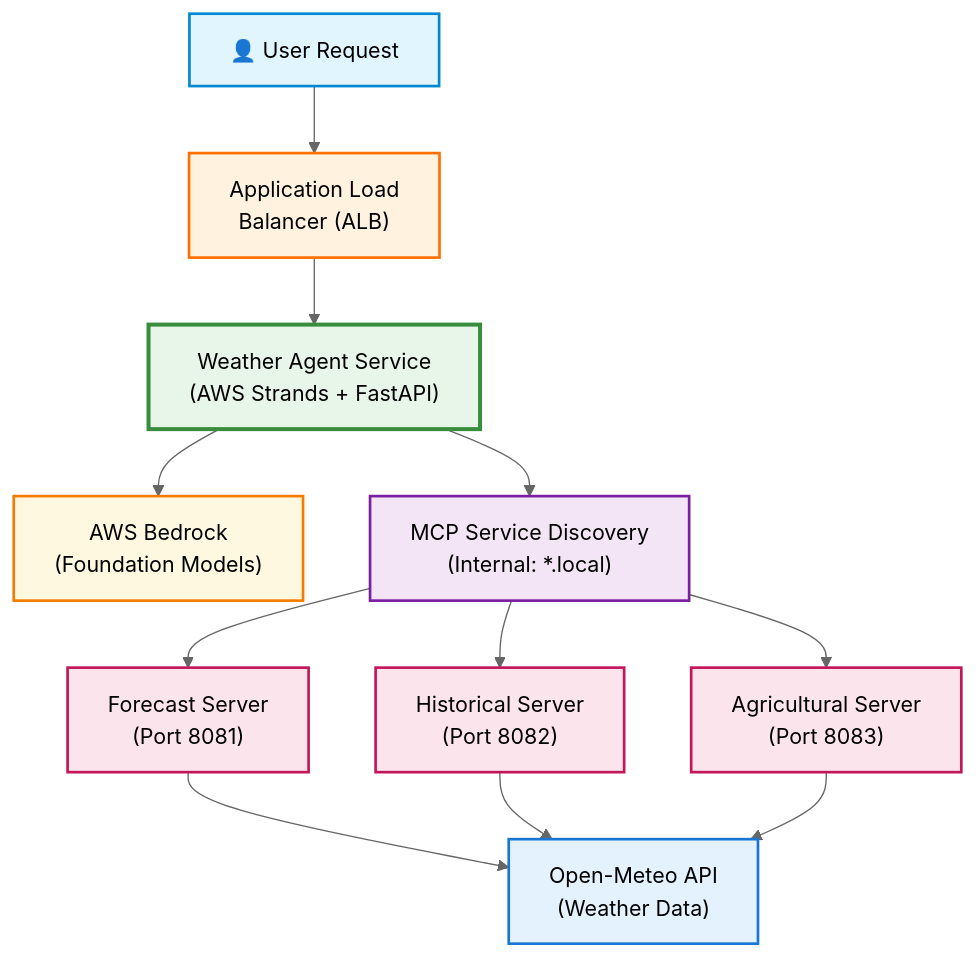
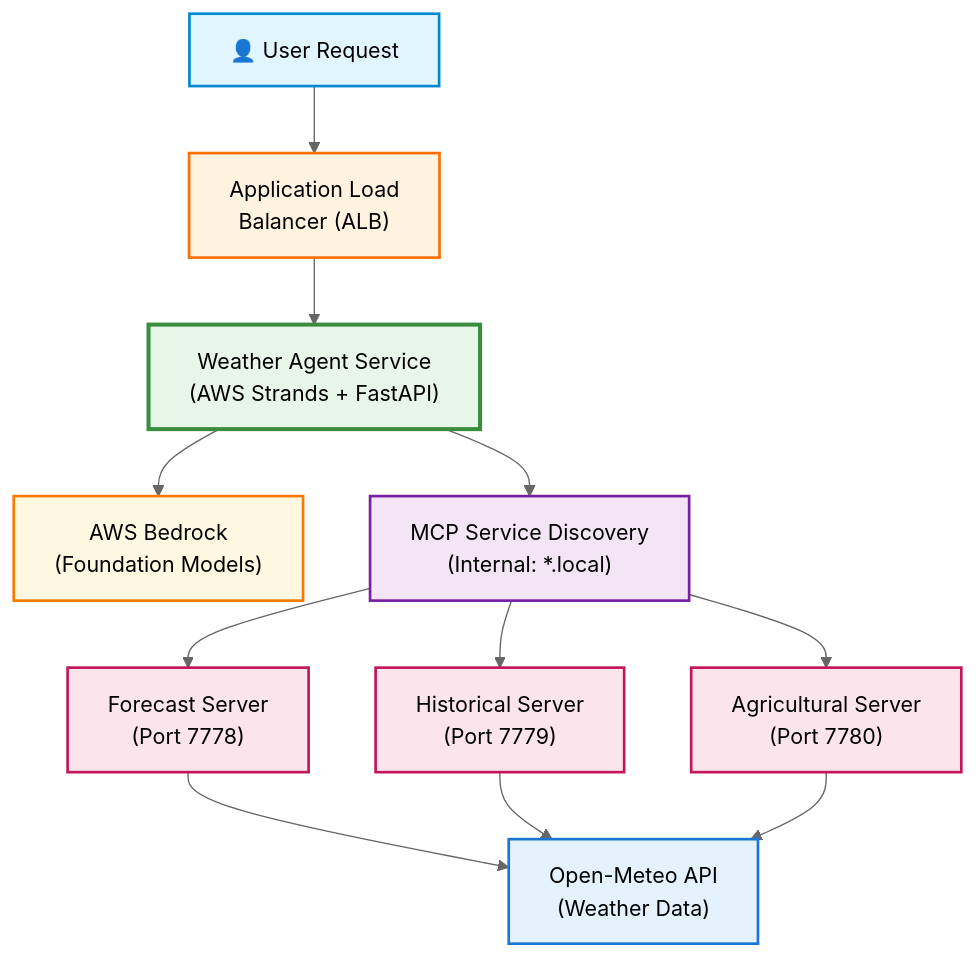
Before and after one commit to retroryan/aws-ai-ecs: the diagram in strands-weather-agent/README.md, drawn with Mermaid (neutral theme). The commit also changed other lines of this file and 30 other files, not shown here.

````diff
--- a/strands-weather-agent/README.md
+++ b/strands-weather-agent/README.md
@@ -200,27 +200,27 @@
 ```mermaid
 graph TB
     User["👤 User Request"] --> ALB["Application Load<br/>Balancer (ALB)"]
     
     ALB --> WA["Weather Agent Service<br/>(AWS Strands + FastAPI)"]
     
     WA --> Bedrock["AWS Bedrock<br/>(Foundation Models)"]
     WA --> SD["MCP Service Discovery<br/>(Internal: *.local)"]
     
-    SD --> FS["Forecast Server<br/>(Port 8081)"]
-    SD --> HS["Historical Server<br/>(Port 8082)"]
-    SD --> AS["Agricultural Server<br/>(Port 8083)"]
+    SD --> FS["Forecast Server<br/>(Port 7778)"]
+    SD --> HS["Historical Server<br/>(Port 7779)"]
+    SD --> AS["Agricultural Server<br/>(Port 7780)"]
     
     FS --> OM["Open-Meteo API<br/>(Weather Data)"]
     HS --> OM
     AS --> OM
     
     style User fill:#e1f5ff,stroke:#0288d1,stroke-width:2px
     style ALB fill:#fff3e0,stroke:#ff6f00,stroke-width:2px
     style WA fill:#e8f5e9,stroke:#388e3c,stroke-width:3px
     style SD fill:#f3e5f5,stroke:#7b1fa2,stroke-width:2px
     style FS fill:#fce4ec,stroke:#c2185b,stroke-width:2px
     style HS fill:#fce4ec,stroke:#c2185b,stroke-width:2px
     style AS fill:#fce4ec,stroke:#c2185b,stroke-width:2px
     style Bedrock fill:#fff8e1,stroke:#f57c00,stroke-width:2px
     style OM fill:#e3f2fd,stroke:#1976d2,stroke-width:2px
 ```
````
